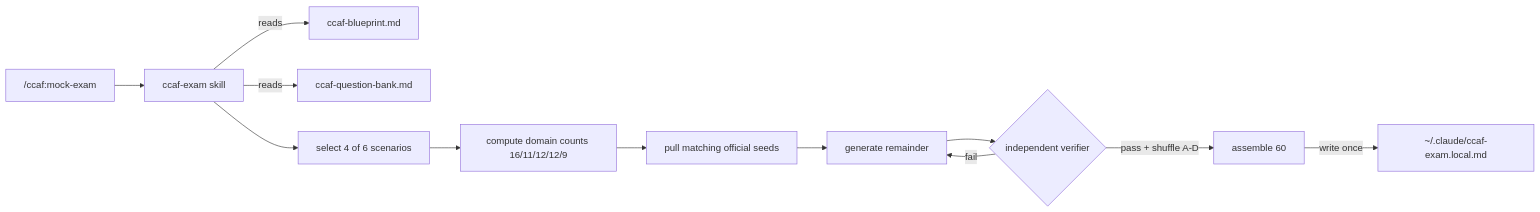
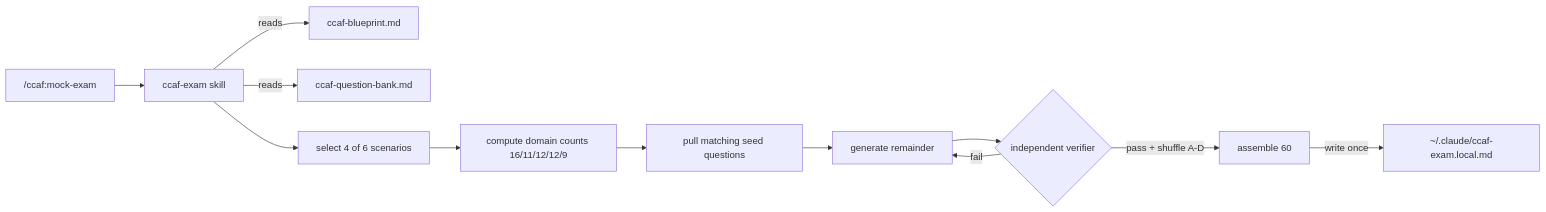
Before and after one commit to incubyte/ai-plugins: the first of 2 diagrams in docs/specs/ccaf-mock-exam.md, drawn with Mermaid. The commit also changed other lines of this file and 8 other files, not shown here.

First line of the commit message:
refactor(ccaf): replace seed bank with original self-authored questions

````diff
--- a/docs/specs/ccaf-mock-exam.md
+++ b/docs/specs/ccaf-mock-exam.md
@@ -167,14 +167,14 @@
 ```mermaid
 flowchart LR
   CMD["/ccaf:mock-exam"] --> SK[ccaf-exam skill]
   SK -->|reads| BP[ccaf-blueprint.md]
   SK -->|reads| QB[ccaf-question-bank.md]
   SK --> SEL[select 4 of 6 scenarios]
   SEL --> CNT[compute domain counts 16/11/12/12/9]
-  CNT --> ANCH[pull matching official seeds]
+  CNT --> ANCH[pull matching seed questions]
   ANCH --> GEN[generate remainder]
   GEN --> VER{independent verifier}
   VER -->|pass + shuffle A-D| ASM[assemble 60]
   VER -->|fail| GEN
   ASM -->|write once| FILE[~/.claude/ccaf-exam.local.md]
 ```
````
